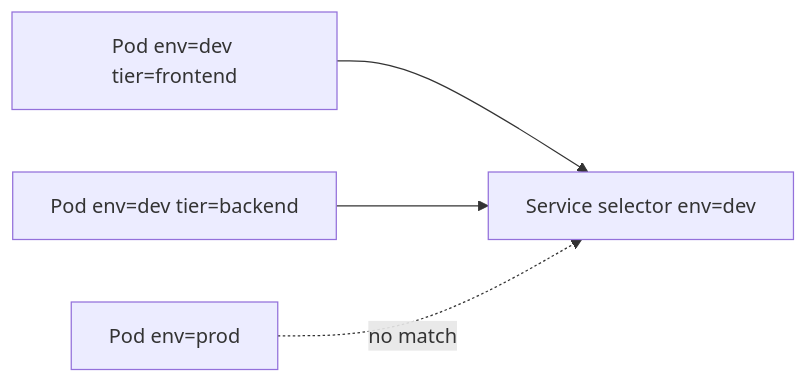
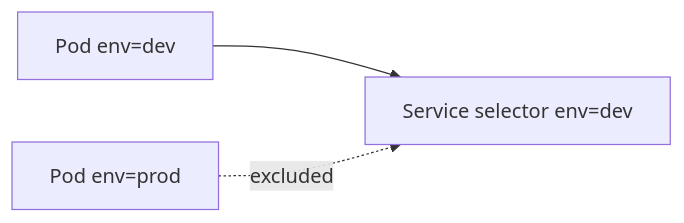
Before and after one commit to AbdelwahabAdam/K8S-notes: the ninth of 10 diagrams in Study/1.Core Concepts/enhanced_readme.md, drawn with Mermaid. The commit also changed other lines of this file and 22 other files, not shown here.

````diff
--- a/Study/1.Core Concepts/enhanced_readme.md
+++ b/Study/1.Core Concepts/enhanced_readme.md
@@ -579,6 +938,5 @@
 ```mermaid
 flowchart LR
-    P1[Pod env=dev tier=frontend] --> SVC[Service selector env=dev]
-    P2[Pod env=dev tier=backend] --> SVC
-    P3[Pod env=prod] -.->|no match| SVC
+    P1[Pod env=dev] --> SVC[Service selector env=dev]
+    P2[Pod env=prod] -.->|excluded| SVC
 ```
````
